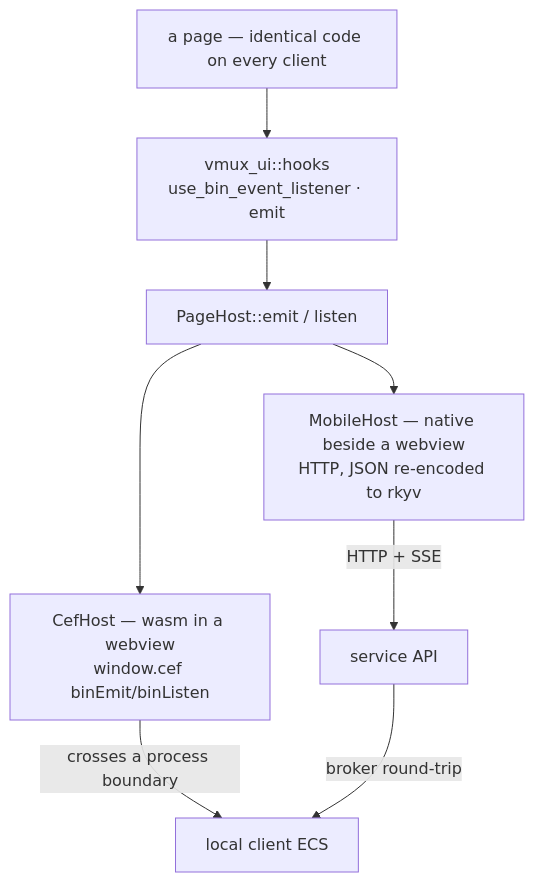
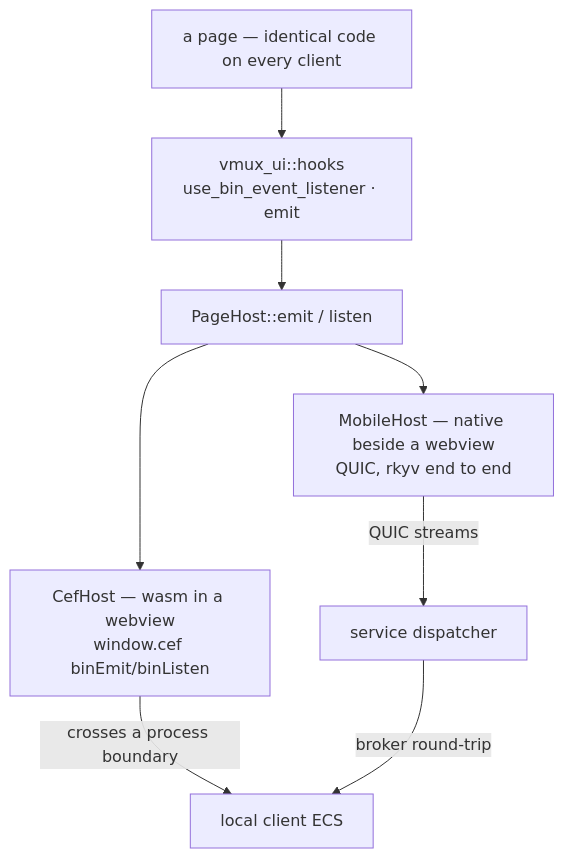
Before and after one commit to vmux-ai/vmux: the second of 2 diagrams in docs/architecture/topology.md, drawn with Mermaid. The commit also changed other lines of this file and 15 other files, not shown here.

````diff
--- a/docs/architecture/topology.md
+++ b/docs/architecture/topology.md
@@ -58,15 +61,15 @@
 ```mermaid
 flowchart TB
     page["a page — identical code on every client"]
     hooks["vmux_ui::hooks<br/>use_bin_event_listener · emit"]
     trait["PageHost::emit / listen"]
 
     page --> hooks --> trait
 
     trait --> cefhost["CefHost — wasm in a webview<br/>window.cef binEmit/binListen"]
-    trait --> remotehost["MobileHost — native beside a webview<br/>HTTP, JSON re-encoded to rkyv"]
+    trait --> remotehost["MobileHost — native beside a webview<br/>QUIC, rkyv end to end"]
 
     cefhost -->|"crosses a process boundary"| ecs["local client ECS"]
-    remotehost -->|"HTTP + SSE"| service["service API"]
+    remotehost -->|"QUIC streams"| service["service dispatcher"]
     service -->|"broker round-trip"| ecs
 ```
````
